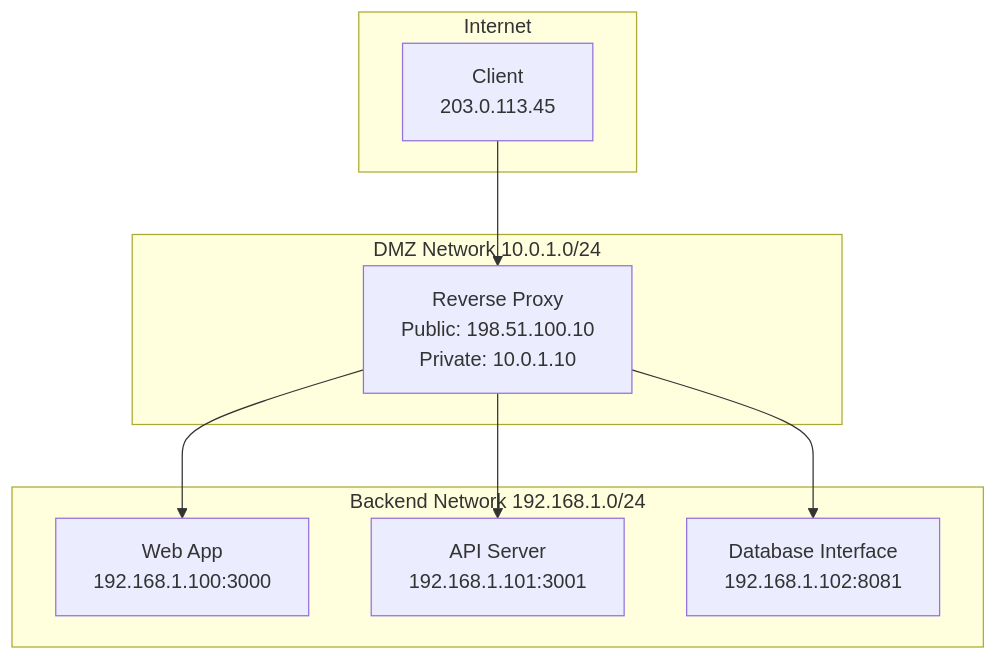
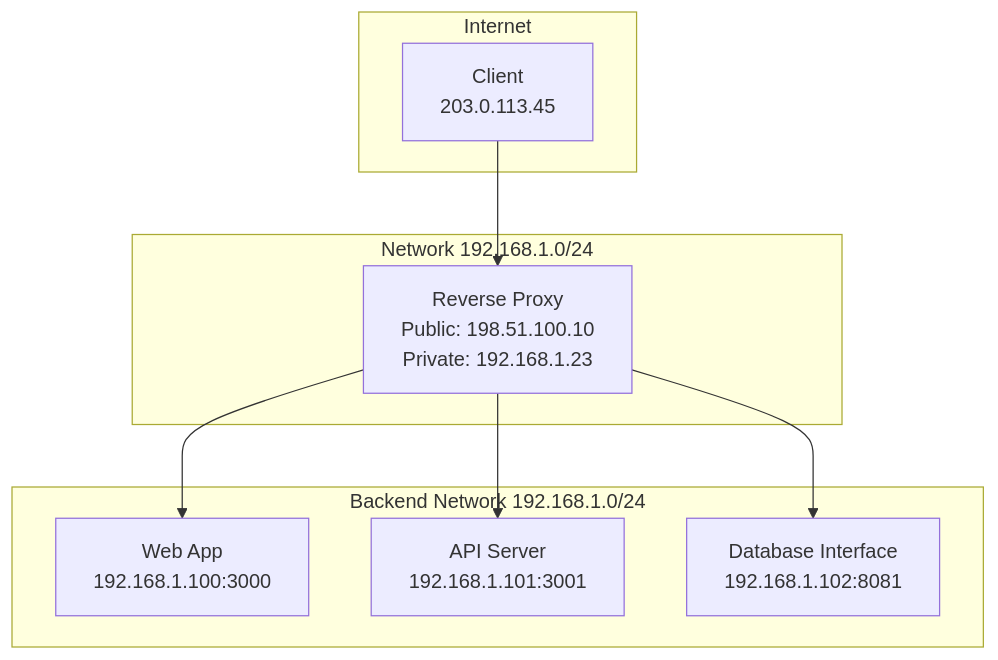
Before and after one commit to TrueBankai416/BankaiTechDocs: the third of 3 diagrams in docs/Reverse Proxy/Introduction.mdx, drawn with Mermaid. The commit also changed other lines of this file, not shown here.

````diff
--- a/docs/Reverse Proxy/Introduction.mdx
+++ b/docs/Reverse Proxy/Introduction.mdx
@@ -55,21 +55,21 @@
 ```mermaid
 graph TB
     subgraph "Internet"
         Client[Client<br/>203.0.113.45]
     end
     
-    subgraph "DMZ Network 10.0.1.0/24"
-        Proxy[Reverse Proxy<br/>Public: 198.51.100.10<br/>Private: 10.0.1.10]
+    subgraph "Network 192.168.1.0/24"
+        Proxy[Reverse Proxy<br/>Public: 198.51.100.10<br/>Private: 192.168.1.23]
     end
     
     subgraph "Backend Network 192.168.1.0/24"
         App[Web App<br/>192.168.1.100:3000]
         API[API Server<br/>192.168.1.101:3001]
         DB[Database Interface<br/>192.168.1.102:8081]
     end
     
     Client --> Proxy
     Proxy --> App
     Proxy --> API
     Proxy --> DB
 ```
````
